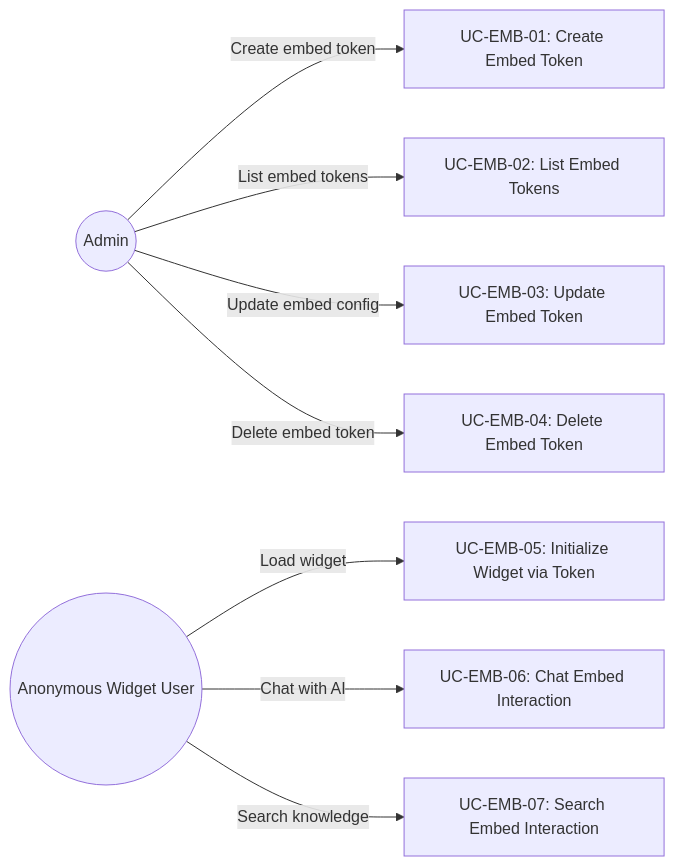
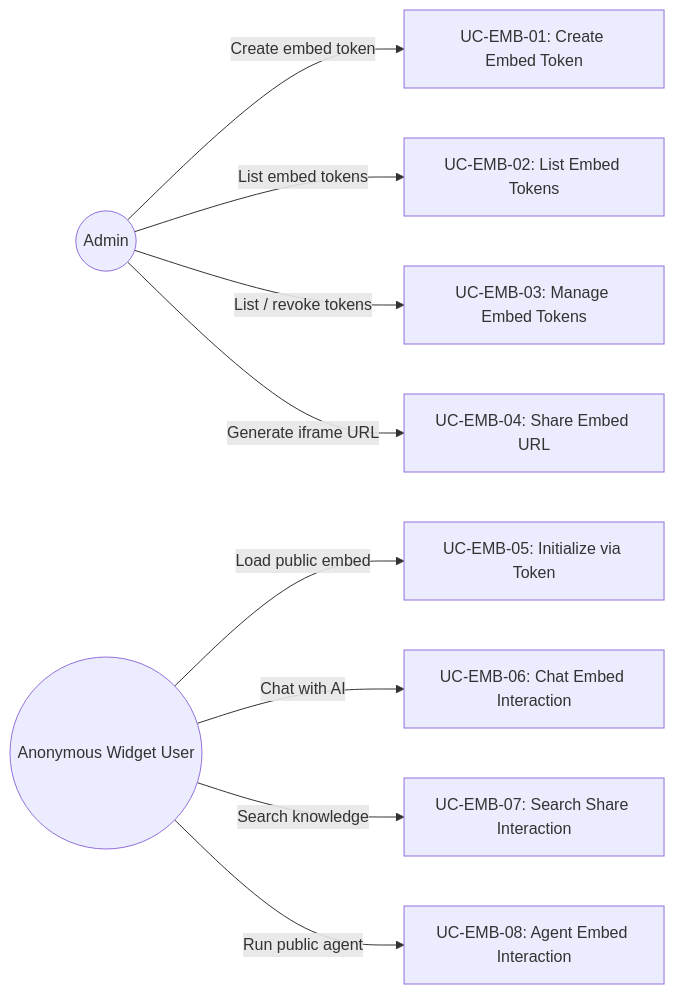
One commit to b-knowledge-solution/b-knowledge changed the first of 2 diagrams in docs/srs/integrations/fr-embed-widgets.md. Above: the diagram before and after it, drawn with Mermaid. The commit also changed other lines of this file and 83 other files, not shown here.

````diff
--- a/docs/srs/integrations/fr-embed-widgets.md
+++ b/docs/srs/integrations/fr-embed-widgets.md
@@ -9,14 +9,15 @@
 ```mermaid
 graph LR
     Admin((Admin))
     AnonUser((Anonymous Widget User))
 
     Admin -->|Create embed token| UC1[UC-EMB-01: Create Embed Token]
     Admin -->|List embed tokens| UC2[UC-EMB-02: List Embed Tokens]
-    Admin -->|Update embed config| UC3[UC-EMB-03: Update Embed Token]
-    Admin -->|Delete embed token| UC4[UC-EMB-04: Delete Embed Token]
+    Admin -->|List / revoke tokens| UC3[UC-EMB-03: Manage Embed Tokens]
+    Admin -->|Generate iframe URL| UC4[UC-EMB-04: Share Embed URL]
 
-    AnonUser -->|Load widget| UC5[UC-EMB-05: Initialize Widget via Token]
+    AnonUser -->|Load public embed| UC5[UC-EMB-05: Initialize via Token]
     AnonUser -->|Chat with AI| UC6[UC-EMB-06: Chat Embed Interaction]
-    AnonUser -->|Search knowledge| UC7[UC-EMB-07: Search Embed Interaction]
+    AnonUser -->|Search knowledge| UC7[UC-EMB-07: Search Share Interaction]
+    AnonUser -->|Run public agent| UC8[UC-EMB-08: Agent Embed Interaction]
 ```
````
